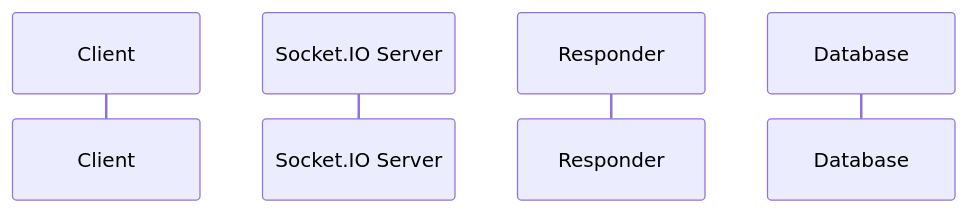
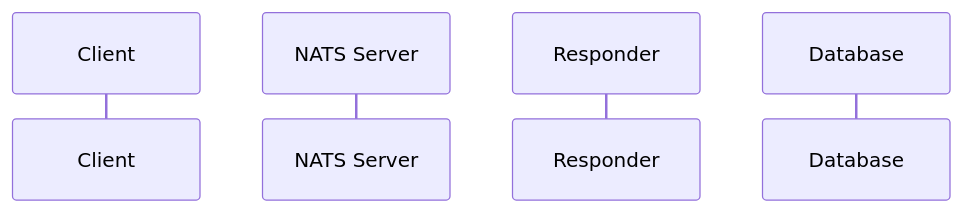
Before and after one commit to Lixpi/lixpi: the second of 4 diagrams in documentation/documentation-style-guides/MERMAID-DIAGRAMS-STYLE-GUIDE.md, drawn with Mermaid. The commit also changed other lines of this file and 28 other files, not shown here.

````diff
--- a/documentation/documentation-style-guides/MERMAID-DIAGRAMS-STYLE-GUIDE.md
+++ b/documentation/documentation-style-guides/MERMAID-DIAGRAMS-STYLE-GUIDE.md
@@ -246,7 +246,7 @@
 ```mermaid
 sequenceDiagram
     participant Client
-    participant Server as Socket.IO Server
+    participant Server as NATS Server
     participant Responder
     participant Database as Database
 ```
````
